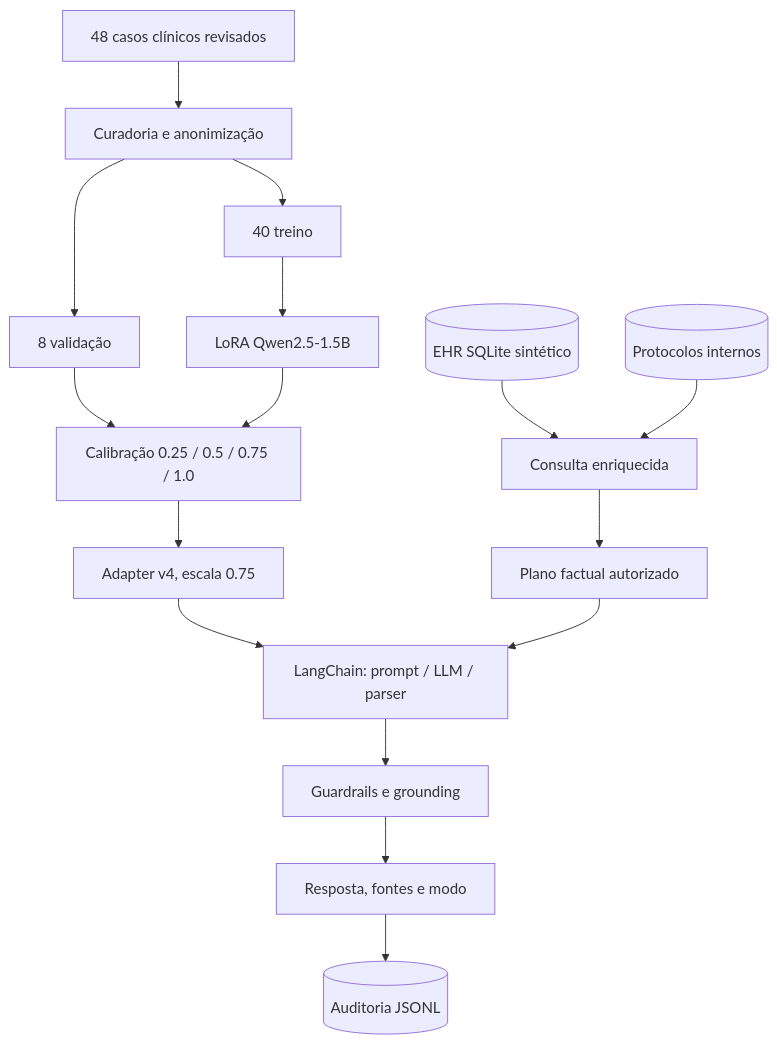
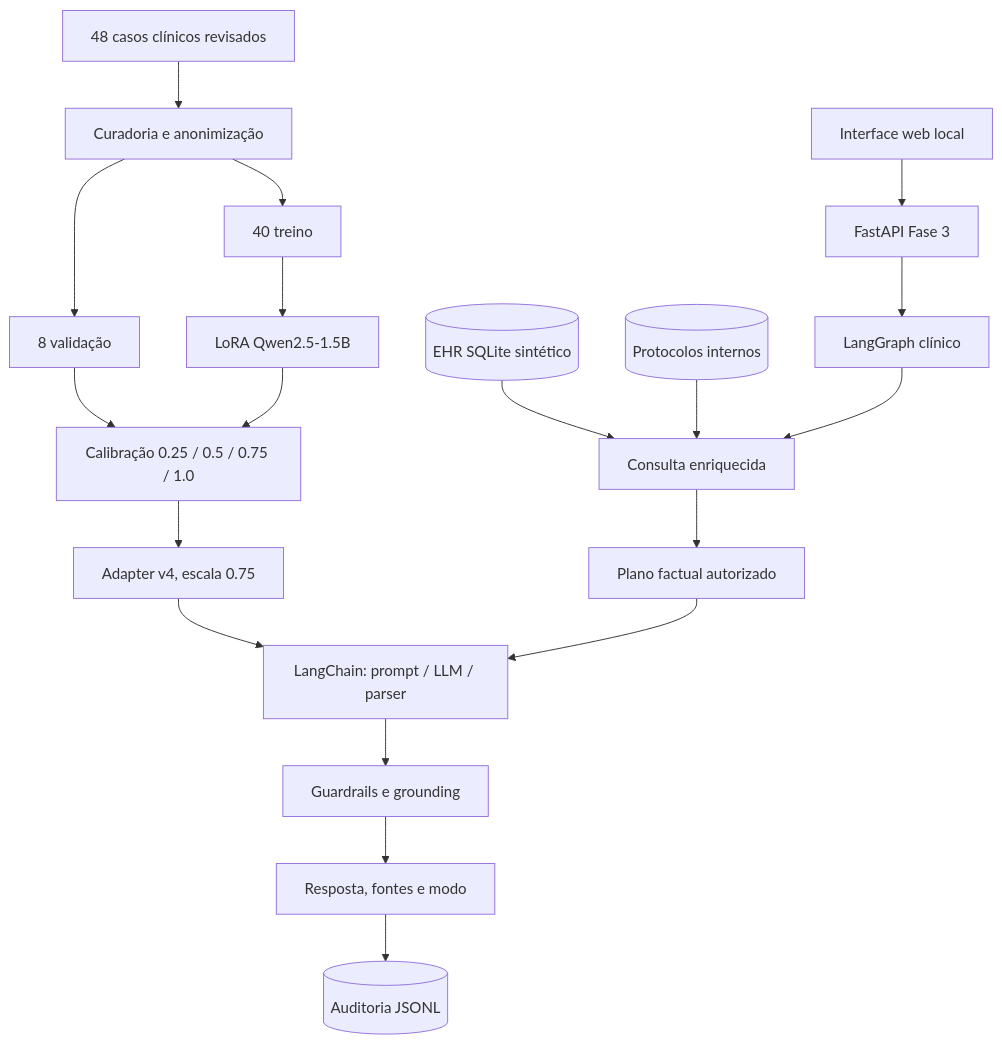
One commit to netomantonio/tech-challenge-1 changed the first of 2 diagrams in docs/arquitetura_fase3.md. Above: the diagram before and after it, drawn with Mermaid. The commit also changed other lines of this file and 6 other files, not shown here.

First line of the commit message:
feat: add local web interface for clinical assistant

````diff
--- a/docs/arquitetura_fase3.md
+++ b/docs/arquitetura_fase3.md
@@ -9,19 +9,22 @@
 ```mermaid
 flowchart TD
     D[48 casos clínicos revisados] --> B[Curadoria e anonimização]
     B --> T[40 treino]
     B --> V[8 validação]
     T --> L[LoRA Qwen2.5-1.5B]
     V --> C[Calibração 0.25 / 0.5 / 0.75 / 1.0]
     L --> C
     C --> A[Adapter v4, escala 0.75]
 
     EHR[(EHR SQLite sintético)] --> R[Consulta enriquecida]
     P[(Protocolos internos)] --> R
+    UI[Interface web local] --> API[FastAPI Fase 3]
+    API --> FLOW[LangGraph clínico]
+    FLOW --> R
     R --> PLAN[Plano factual autorizado]
     A --> CHAIN[LangChain: prompt / LLM / parser]
     PLAN --> CHAIN
     CHAIN --> G[Guardrails e grounding]
     G --> OUT[Resposta, fontes e modo]
     OUT --> LOG[(Auditoria JSONL)]
 ```
````
